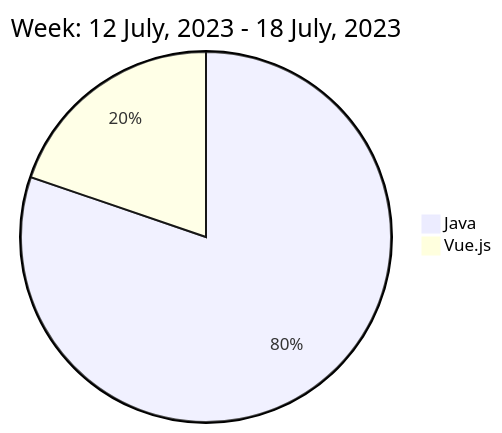
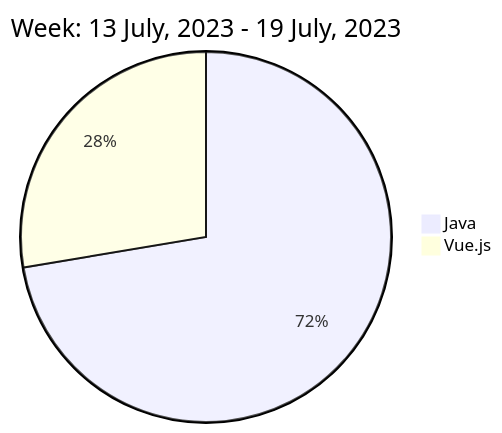
One commit to liubin95/liubin95 changed the diagram in README.md. Above: the diagram before and after it, drawn with Mermaid.

Commit message:
Updated the Graph with new Metrics

````diff
--- a/README.md
+++ b/README.md
@@ -40,6 +40,6 @@
 ```mermaid
  pie
-title Week: 12 July, 2023 - 18 July, 2023
- "Java" : 13.4
- "Vue.js" : 3.3
+title Week: 13 July, 2023 - 19 July, 2023
+ "Java" : 11.52
+ "Vue.js" : 4.4
 ```
````
